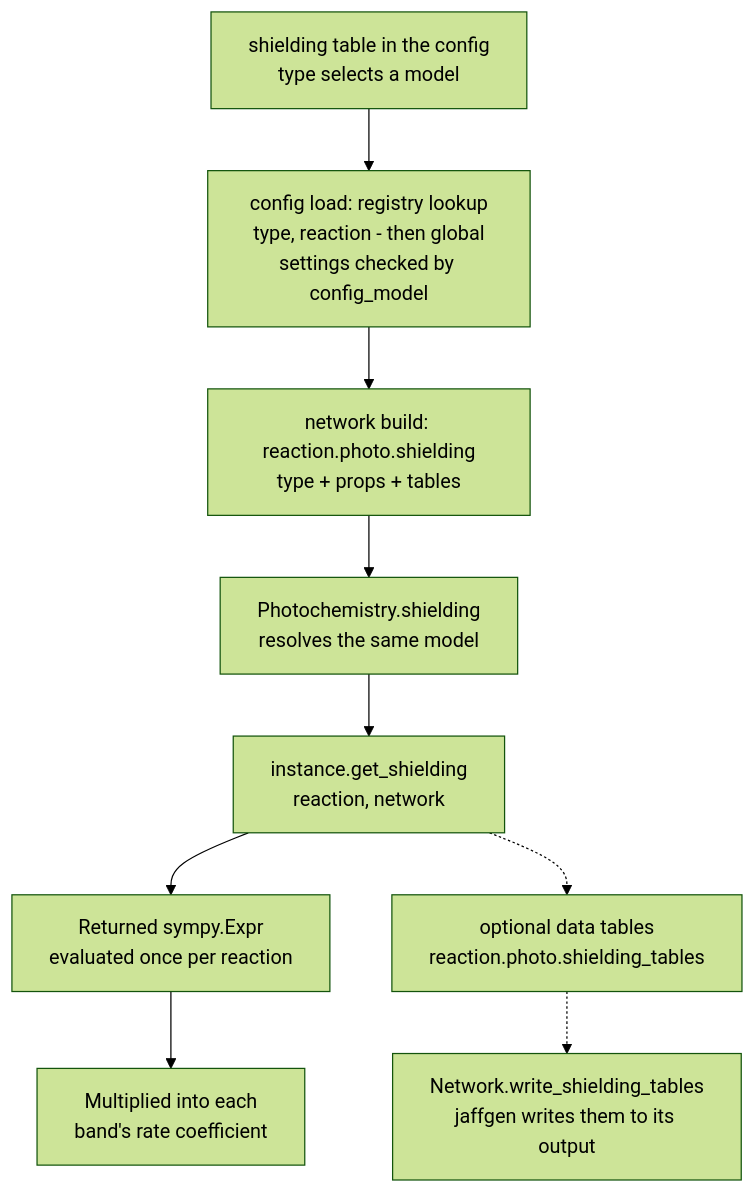
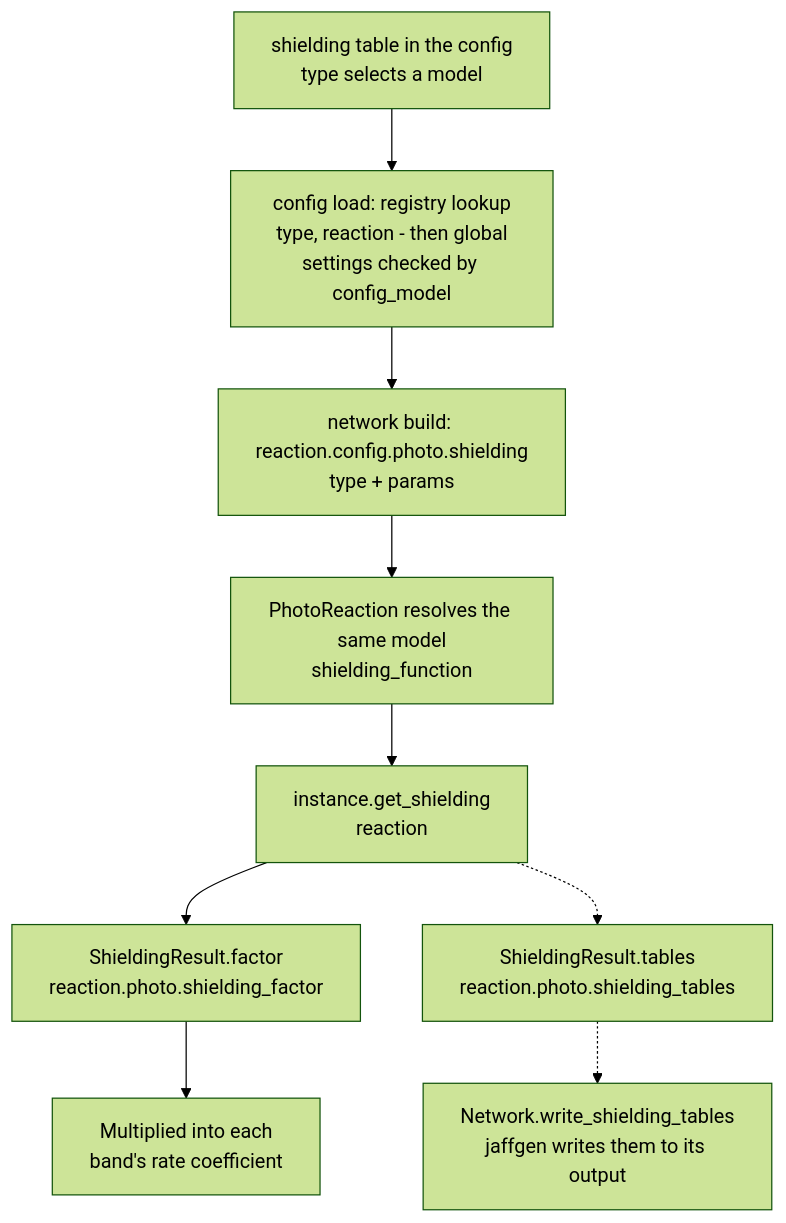
The diagram in docs/development/adding-shielding-functions.md (jaff-chemistry/jaff), drawn with Mermaid (forest theme) before and after one commit. The commit also changed other lines of this file and 13 other files, not shown here.

````diff
--- a/docs/development/adding-shielding-functions.md
+++ b/docs/development/adding-shielding-functions.md
@@ -53,11 +56,11 @@
 ```mermaid
 flowchart TD
     A[shielding table in the config\ntype selects a model] --> B[config load: registry lookup\ntype, reaction - then global\nsettings checked by config_model]
-    B --> C[network build: reaction.photo.shielding\ntype + props + tables]
-    C --> D[Photochemistry.shielding\nresolves the same model]
-    D --> E[instance.get_shielding\nreaction, network]
-    E --> F[Returned sympy.Expr\nevaluated once per reaction]
+    B --> C[network build: reaction.config.photo.shielding\ntype + params]
+    C --> D[PhotoReaction resolves the same model\nshielding_function]
+    D --> E[instance.get_shielding\nreaction]
+    E --> F[ShieldingResult.factor\nreaction.photo.shielding_factor]
     F --> G[Multiplied into each\nband's rate coefficient]
-    E -.-> H[optional data tables\nreaction.photo.shielding_tables]
+    E -.-> H[ShieldingResult.tables\nreaction.photo.shielding_tables]
     H -.-> I[Network.write_shielding_tables\njaffgen writes them to its output]
 ```
````
